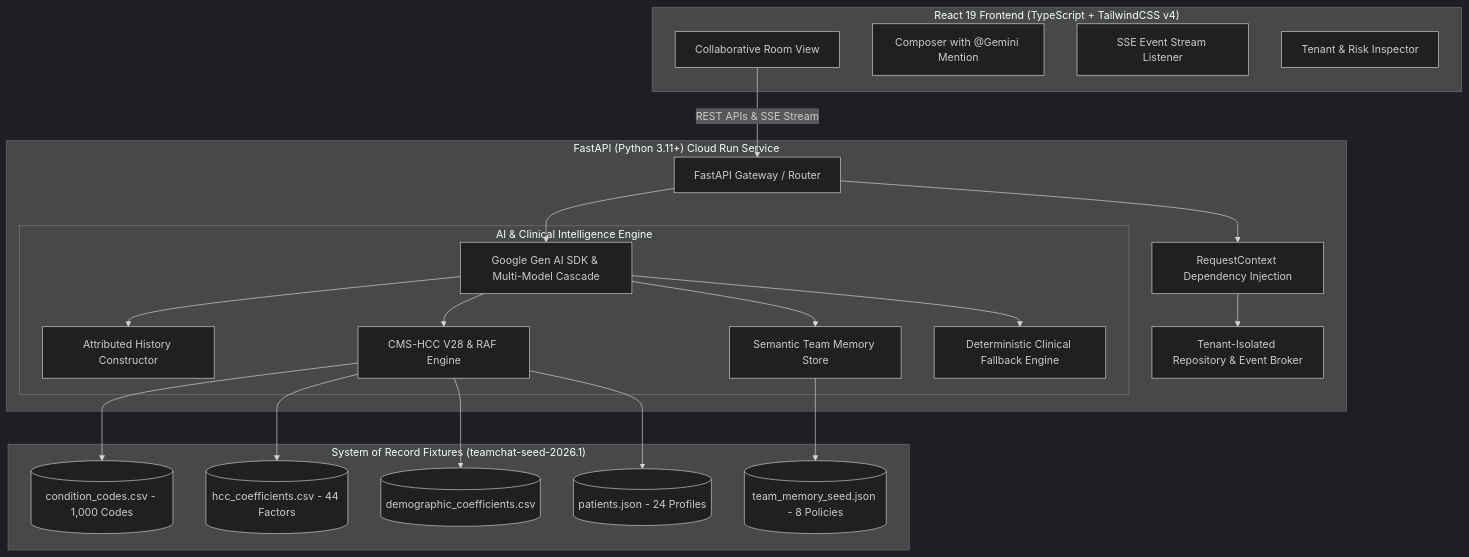
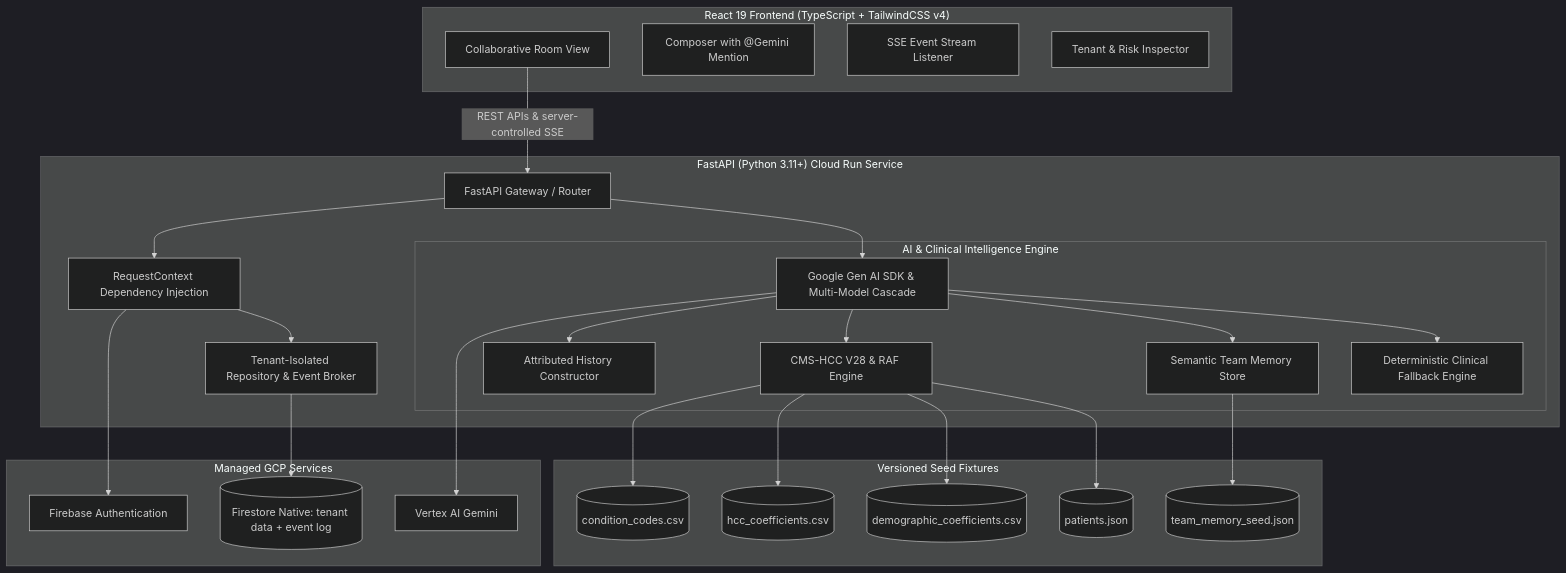
One commit to Ganesh-Kusundal/teamchat-ai changed the diagram in README.md. Above: the diagram before and after it, drawn with Mermaid (dark theme). The commit also changed other lines of this file and 35 other files, not shown here.

First line of the commit message:
feat: add Firestore production backend, cross-instance realtime relay, and seed tooling

````diff
--- a/README.md
+++ b/README.md
@@ -25,42 +27,51 @@
 ```mermaid
 graph TD
     subgraph Frontend ["React 19 Frontend (TypeScript + TailwindCSS v4)"]
         ChatUI[Collaborative Room View]
         Composer[Composer with @Gemini Mention]
         SSEClient[SSE Event Stream Listener]
         Inspector[Tenant & Risk Inspector]
     end
 
     subgraph FastAPI_Backend ["FastAPI (Python 3.11+) Cloud Run Service"]
         Gateway[FastAPI Gateway / Router]
         AuthDep[RequestContext Dependency Injection]
         ChatStore[Tenant-Isolated Repository & Event Broker]
         
         subgraph AI_Engine ["AI & Clinical Intelligence Engine"]
             GeminiSvc[Google Gen AI SDK & Multi-Model Cascade]
             ContextBuilder[Attributed History Constructor]
             ClinicalEngine[CMS-HCC V28 & RAF Engine]
             MemoryEngine[Semantic Team Memory Store]
             FallbackEngine[Deterministic Clinical Fallback Engine]
         end
     end
 
-    subgraph GroundedFixtures ["System of Record Fixtures (teamchat-seed-2026.1)"]
-        CSV1[(condition_codes.csv - 1,000 Codes)]
-        CSV2[(hcc_coefficients.csv - 44 Factors)]
-        CSV3[(demographic_coefficients.csv)]
-        JSON1[(patients.json - 24 Profiles)]
-        JSON2[(team_memory_seed.json - 8 Policies)]
+    subgraph Production ["Managed GCP Services"]
+        Firestore[(Firestore Native: tenant data + event log)]
+        FirebaseAuth[Firebase Authentication]
+        Vertex[Vertex AI Gemini]
     end
 
-    ChatUI -->|REST APIs & SSE Stream| Gateway
+    subgraph GroundedFixtures ["Versioned Seed Fixtures"]
+        CSV1[(condition_codes.csv)]
+        CSV2[(hcc_coefficients.csv)]
+        CSV3[(demographic_coefficients.csv)]
+        JSON1[(patients.json)]
+        JSON2[(team_memory_seed.json)]
+    end
+
+    ChatUI -->|REST APIs & server-controlled SSE| Gateway
     Gateway --> AuthDep
+    AuthDep --> FirebaseAuth
     AuthDep --> ChatStore
+    ChatStore --> Firestore
     Gateway --> GeminiSvc
+    GeminiSvc --> Vertex
     GeminiSvc --> ContextBuilder
     GeminiSvc --> ClinicalEngine
     GeminiSvc --> MemoryEngine
     GeminiSvc --> FallbackEngine
     ClinicalEngine --> CSV1 & CSV2 & CSV3 & JSON1
     MemoryEngine --> JSON2
 ```
````
